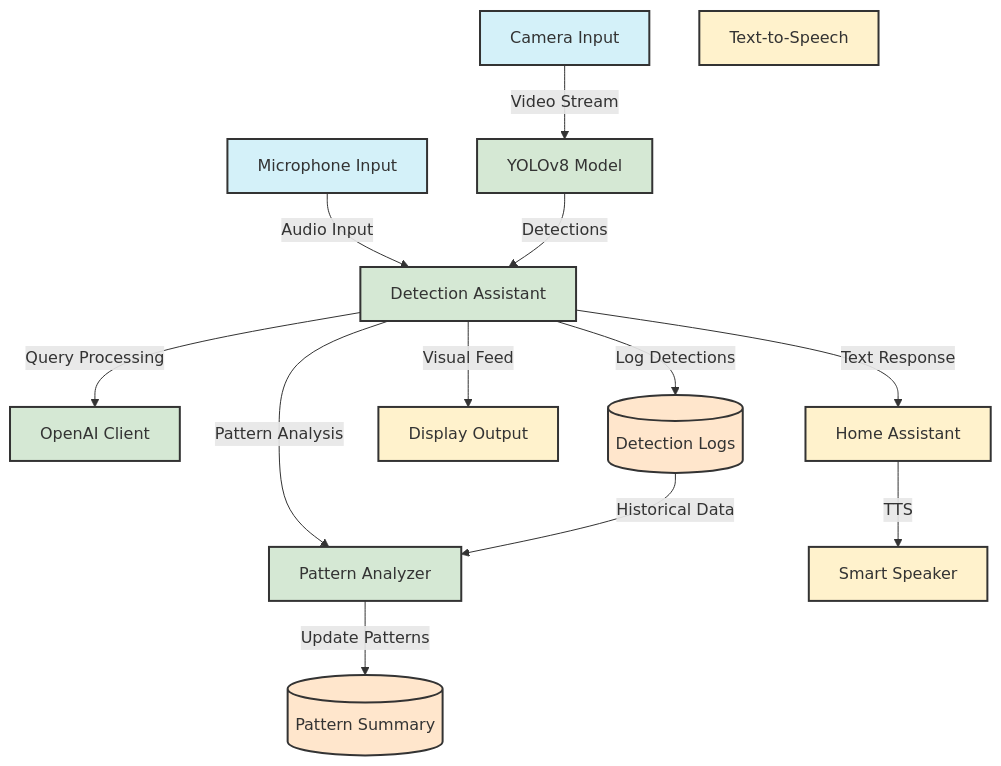
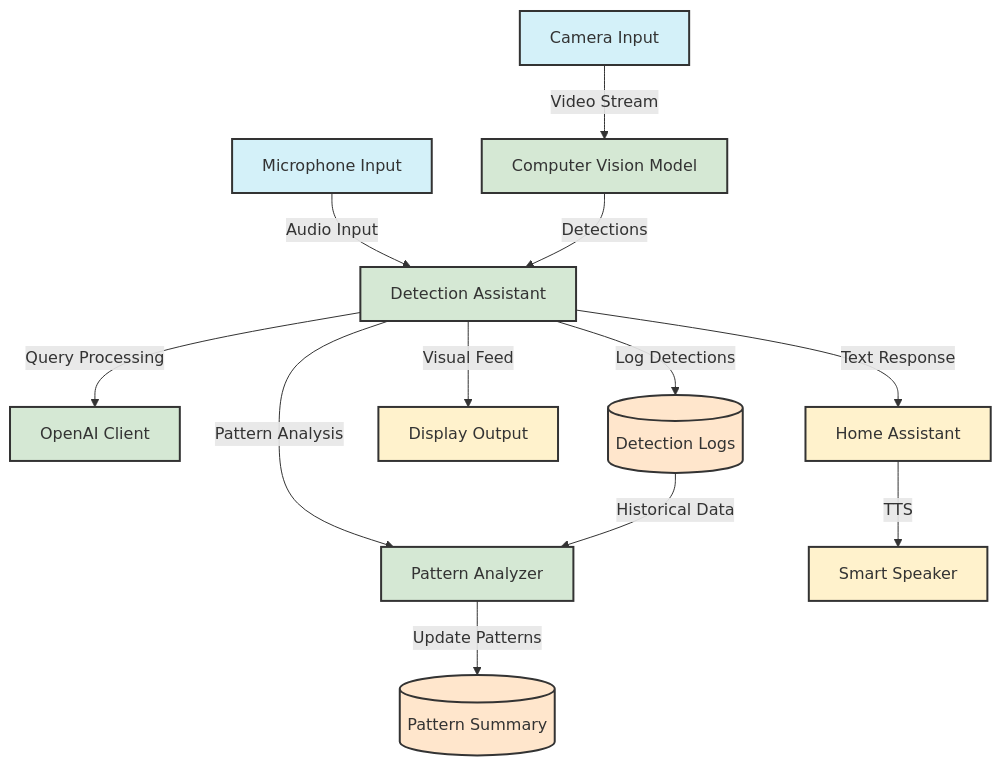
One commit to hawksley71/vision-assistant changed the diagram in docs/system_architecture.md. Above: the diagram before and after it, drawn with Mermaid. The commit also changed other lines of this file and 12 other files, not shown here.

Commit message:
Update project structure and documentation: - Rename README.md to README_main.md - Update core assistant and OpenAI integration - Update documentation and system architecture - Remove deprecated files - Update tool scripts

````diff
--- a/docs/system_architecture.md
+++ b/docs/system_architecture.md
@@ -1,52 +1,51 @@
 ```mermaid
 graph TB
     %% Input Devices
     Camera[Camera Input]
     Microphone[Microphone Input]
     
     %% Core Components
-    YOLO[YOLOv8 Model]
+    CV[Computer Vision Model]
     Assistant[Detection Assistant]
     PatternAnalyzer[Pattern Analyzer]
     OpenAI[OpenAI Client]
     
     %% Data Storage
     DetectionLogs[(Detection Logs)]
     PatternSummary[(Pattern Summary)]
     
     %% Output Devices
     Display[Display Output]
-    TTS[Text-to-Speech]
     HA[Home Assistant]
     Speaker[Smart Speaker]
     
     %% Input Device Connections
-    Camera -->|Video Stream| YOLO
+    Camera -->|Video Stream| CV
     Microphone -->|Audio Input| Assistant
     
     %% Core Component Connections
-    YOLO -->|Detections| Assistant
+    CV -->|Detections| Assistant
     Assistant -->|Pattern Analysis| PatternAnalyzer
     Assistant -->|Query Processing| OpenAI
     
     %% Data Storage Connections
     Assistant -->|Log Detections| DetectionLogs
     PatternAnalyzer -->|Update Patterns| PatternSummary
     DetectionLogs -->|Historical Data| PatternAnalyzer
     
     %% Output Device Connections
     Assistant -->|Visual Feed| Display
     Assistant -->|Text Response| HA
     HA -->|TTS| Speaker
     
     %% Styling
     classDef input fill:#d4f1f9,stroke:#333,stroke-width:2px
     classDef core fill:#d5e8d4,stroke:#333,stroke-width:2px
     classDef storage fill:#ffe6cc,stroke:#333,stroke-width:2px
     classDef output fill:#fff2cc,stroke:#333,stroke-width:2px
     
     class Camera,Microphone input
-    class YOLO,Assistant,PatternAnalyzer,OpenAI core
+    class CV,Assistant,PatternAnalyzer,OpenAI core
     class DetectionLogs,PatternSummary storage
-    class Display,TTS,HA,Speaker output
+    class Display,HA,Speaker output
 ```
````
